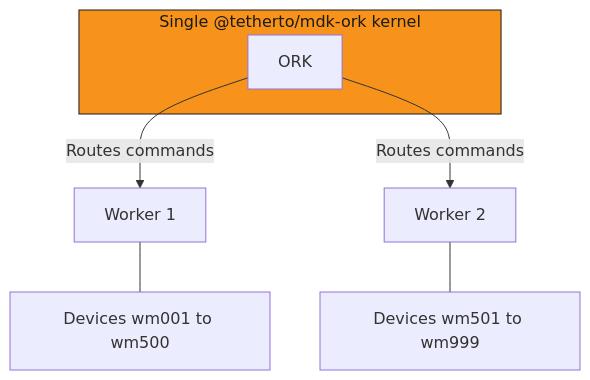
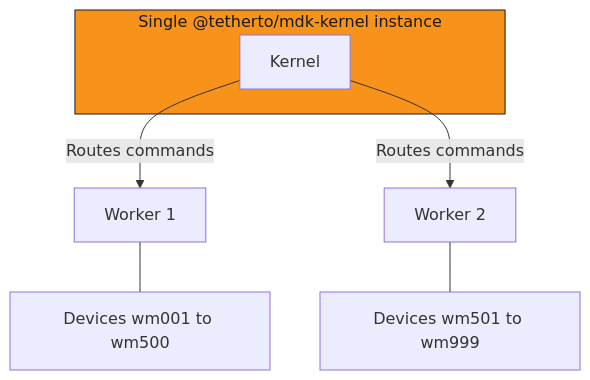
Before and after one commit to tetherto/mdk: the fifth of 6 diagrams in docs/concepts/architecture.md, drawn with Mermaid. The commit also changed other lines of this file and 4406 other files, not shown here.

````diff
--- a/docs/concepts/architecture.md
+++ b/docs/concepts/architecture.md
@@ -277,18 +280,18 @@
 ```mermaid
 flowchart TD
-    subgraph kernel ["Single @tetherto/mdk-ork kernel"]
-        ORK["ORK"]
+    subgraph kernel ["Single @tetherto/mdk-kernel instance"]
+        Kernel["Kernel"]
     end
 
     W1["Worker 1"]
     W2["Worker 2"]
     D1["Devices wm001 to wm500"]
     D2["Devices wm501 to wm999"]
 
-    ORK -->|Routes commands| W1
-    ORK -->|Routes commands| W2
+    Kernel -->|Routes commands| W1
+    Kernel -->|Routes commands| W2
     W1 --- D1
     W2 --- D2
 
     style kernel fill:#F7931A,stroke:#1A1A1A,color:#1A1A1A
 ```
````
